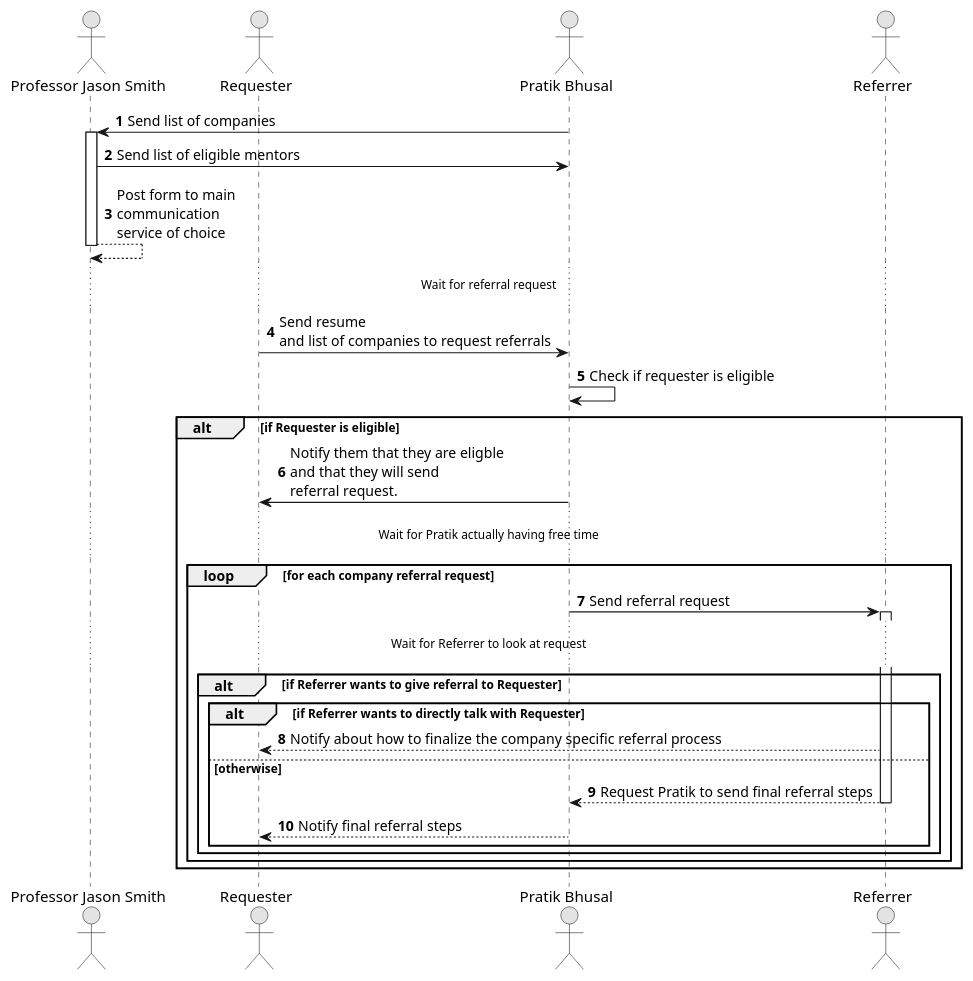
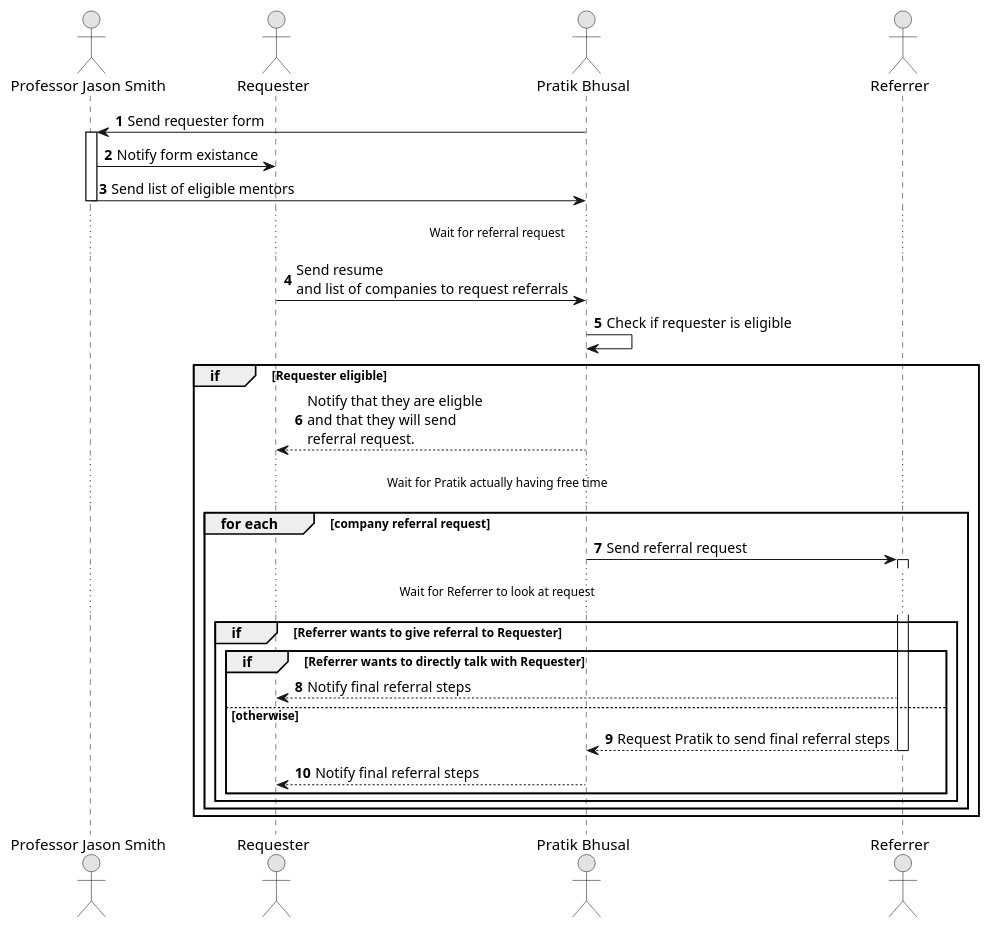
One commit to UTD-Computer-Science-Mentor-Center/alumni-referral-program changed the diagram in graphics/process.plantuml. Above: the diagram before and after it, drawn with PlantUML. The commit also changed 3 other files, not shown here.

```diff
--- a/graphics/process.plantuml
+++ b/graphics/process.plantuml
@@ -1,51 +1,50 @@
 @startuml
 ' Basic Configuration
 skinparam monochrome true
 skinparam shadowing false
 autonumber
 
 actor "Professor Jason Smith" as boss
 actor "Requester" as requester
 actor "Pratik Bhusal" as pratik
 actor "Referrer" as referrer
 
-pratik -> boss: Send list of companies
+pratik -> boss: Send requester form
 activate boss
 
+boss -> requester: Notify form existance
+
 boss -> pratik: Send list of eligible mentors
-
-boss --> boss: Post form to main\ncommunication\nservice of choice
 
 deactivate boss
 
 ...Wait for referral request...
 
 requester -> pratik: Send resume\nand list of companies to request referrals
 
 pratik -> pratik: Check if requester is eligible
 
 
-alt if Requester is eligible
-        requester <- pratik: Notify them that they are eligble\nand that they will send\nreferral request.
+group if [Requester eligible]
+    requester <-- pratik: Notify that they are eligble\nand that they will send\nreferral request.
 
     ...Wait for Pratik actually having free time...
 
-    loop for each company referral request
+    group for each [company referral request]
                 pratik -> referrer: Send referral request
         activate referrer
 
         ...Wait for Referrer to look at request...
-
-        alt if Referrer wants to give referral to Requester
-                alt if Referrer wants to directly talk with Requester
-                requester <-- referrer: Notify about how to finalize the company specific referral process
+        group if [Referrer wants to give referral to Requester]
+            group if [Referrer wants to directly talk with Requester]
+                requester <-- referrer: Notify final referral steps
             else otherwise
                 pratik <-- referrer: Request Pratik to send final referral steps
                 deactivate referrer
                 requester <-- pratik: Notify final referral steps
             end
         end
     end
 end
 
 @enduml
```
